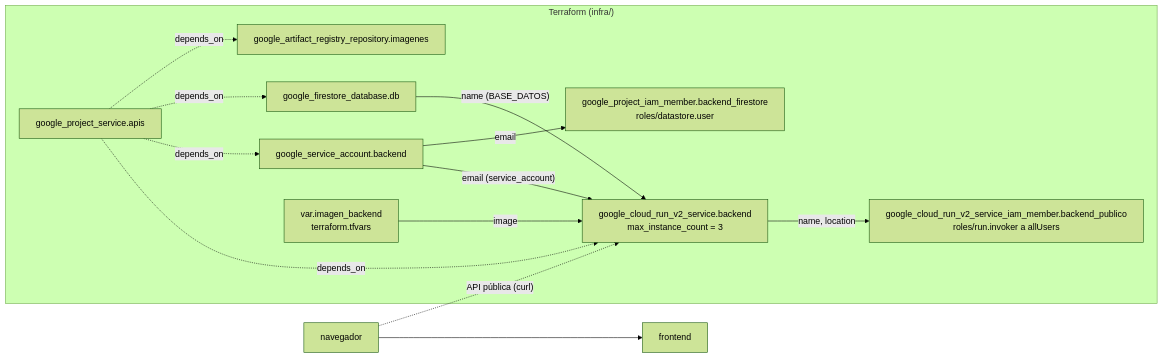
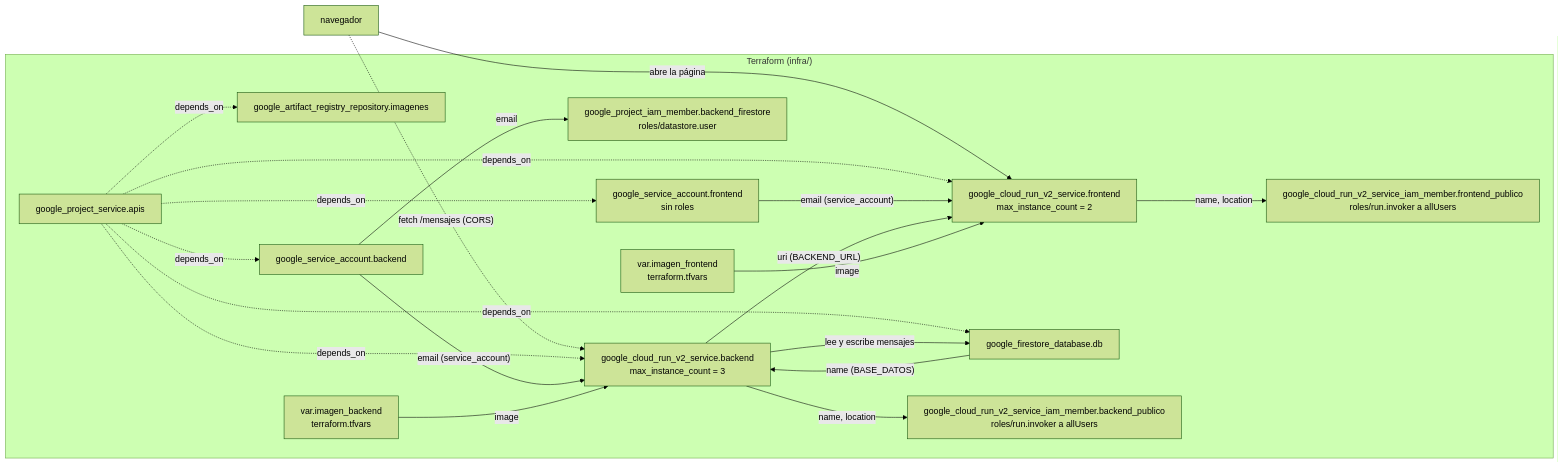
One commit to AngelyDema/practica-4-muro changed the diagram in README.md. Above: the diagram before and after it, drawn with Mermaid (forest theme). The commit also changed other lines of this file and 1 other file, not shown here.

Commit message:
Fase 4: evidencia, URL del muro y diagrama completo

````diff
--- a/README.md
+++ b/README.md
@@ -9,27 +9,43 @@
 ```mermaid
 flowchart LR
-  %% Se completa en la fase 4 (frontend y su conexión con el backend)
-  navegador --> frontend
-  navegador -. "API pública (curl)" .-> backend
+  navegador["navegador"]
+  navegador -- "abre la página" --> frontend
+  navegador -. "fetch /mensajes (CORS)" .-> backend
 
   subgraph terraform["Terraform (infra/)"]
     apis["google_project_service.apis"]
     registro["google_artifact_registry_repository.imagenes"]
     db["google_firestore_database.db"]
-    sa["google_service_account.backend"]
-    iam["google_project_iam_member.backend_firestore<br/>roles/datastore.user"]
+
+    sa_b["google_service_account.backend"]
+    iam_b["google_project_iam_member.backend_firestore<br/>roles/datastore.user"]
+    img_b["var.imagen_backend<br/>terraform.tfvars"]
     backend["google_cloud_run_v2_service.backend<br/>max_instance_count = 3"]
-    publico["google_cloud_run_v2_service_iam_member.backend_publico<br/>roles/run.invoker a allUsers"]
-    imagen["var.imagen_backend<br/>terraform.tfvars"]
+    pub_b["google_cloud_run_v2_service_iam_member.backend_publico<br/>roles/run.invoker a allUsers"]
+
+    sa_f["google_service_account.frontend<br/>sin roles"]
+    img_f["var.imagen_frontend<br/>terraform.tfvars"]
+    frontend["google_cloud_run_v2_service.frontend<br/>max_instance_count = 2"]
+    pub_f["google_cloud_run_v2_service_iam_member.frontend_publico<br/>roles/run.invoker a allUsers"]
   end
 
   apis -. depends_on .-> registro
   apis -. depends_on .-> db
-  apis -. depends_on .-> sa
+  apis -. depends_on .-> sa_b
+  apis -. depends_on .-> sa_f
   apis -. depends_on .-> backend
-  sa -- "email" --> iam
-  sa -- "email (service_account)" --> backend
+  apis -. depends_on .-> frontend
+
+  sa_b -- "email" --> iam_b
+  sa_b -- "email (service_account)" --> backend
   db -- "name (BASE_DATOS)" --> backend
-  imagen -- "image" --> backend
-  backend -- "name, location" --> publico
+  img_b -- "image" --> backend
+  backend -- "name, location" --> pub_b
+
+  sa_f -- "email (service_account)" --> frontend
+  backend -- "uri (BACKEND_URL)" --> frontend
+  img_f -- "image" --> frontend
+  frontend -- "name, location" --> pub_f
+
+  backend -- "lee y escribe mensajes" --> db
 ```
````
